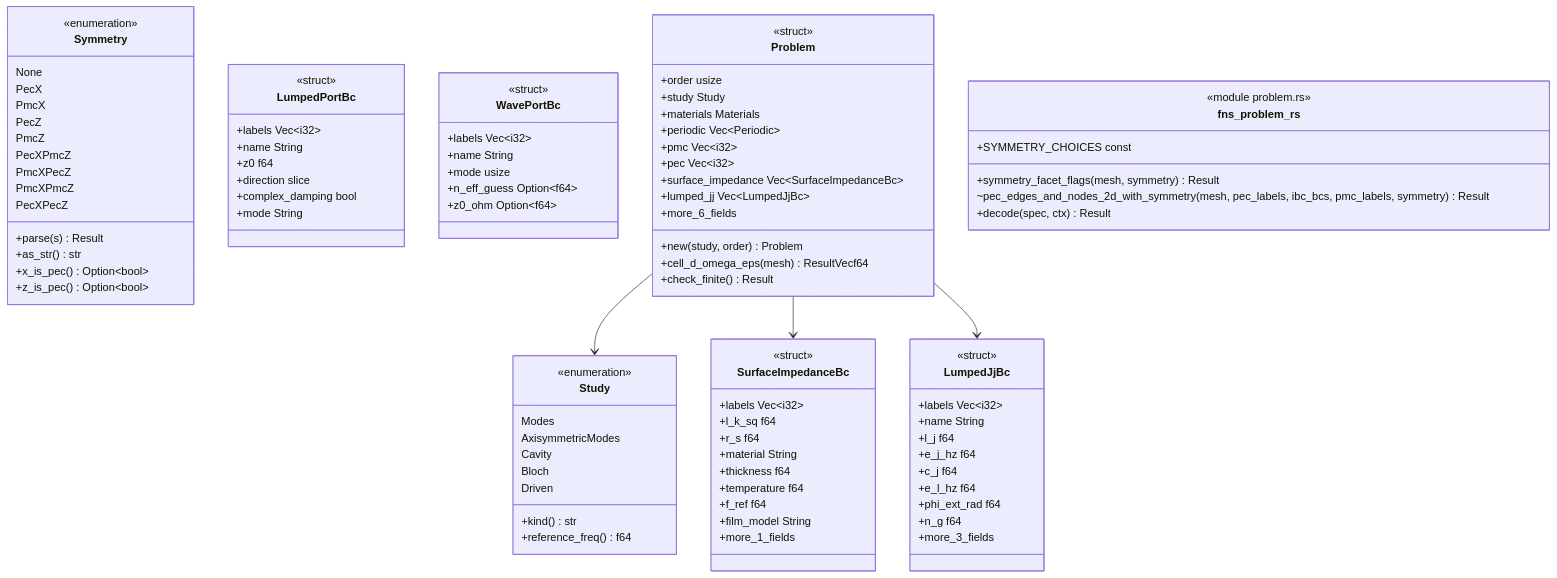
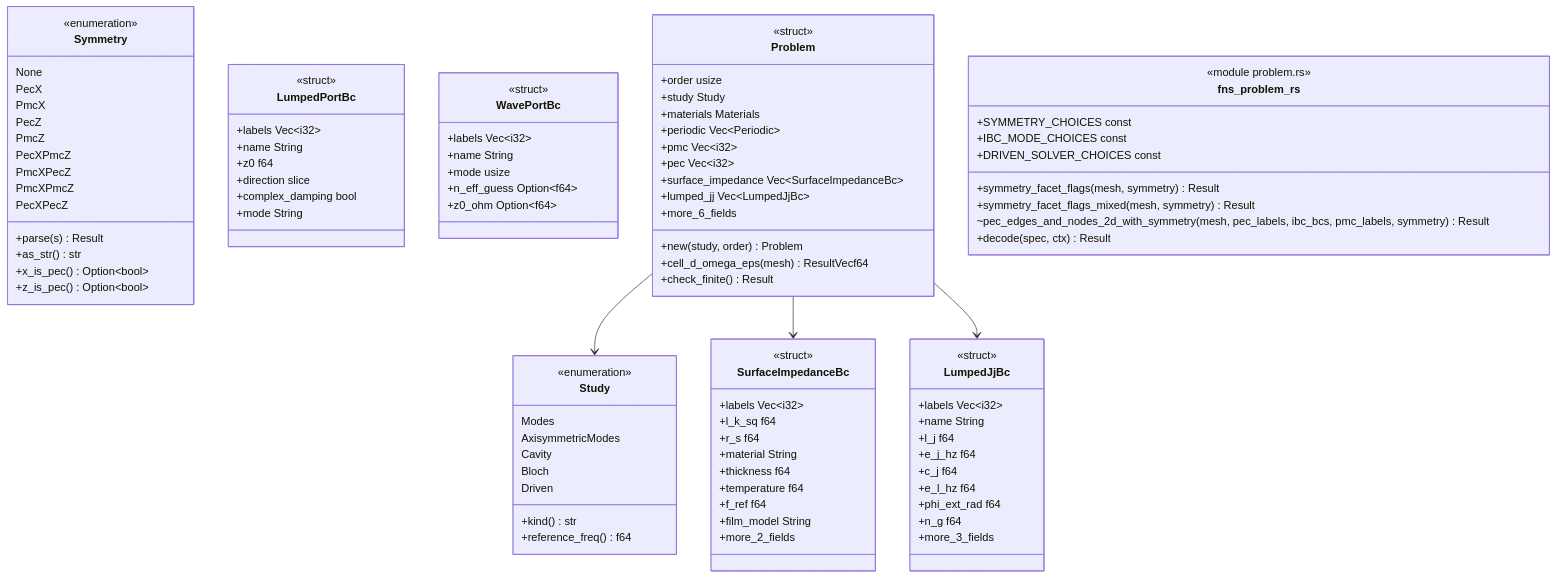
Before and after one commit to p-j-r/nyx: the diagram in docs/architecture/c4/4-code/ems/problem.md, drawn with Mermaid. The commit also changed other lines of this file and 110 other files, not shown here.

```diff
--- a/docs/architecture/c4/4-code/ems/problem.md
+++ b/docs/architecture/c4/4-code/ems/problem.md
@@ -78,7 +79,7 @@
       +temperature f64
       +f_ref f64
       +film_model String
-      +more_1_fields
+      +more_2_fields
   }
   class LumpedJjBc {
       <<struct>>
@@ -127,9 +128,12 @@
   class fns_problem_rs {
       <<module problem.rs>>
       +symmetry_facet_flags(mesh, symmetry) Result
+      +symmetry_facet_flags_mixed(mesh, symmetry) Result
       ~pec_edges_and_nodes_2d_with_symmetry(mesh, pec_labels, ibc_bcs, pmc_labels, symmetry) Result
       +decode(spec, ctx) Result
       +SYMMETRY_CHOICES const
+      +IBC_MODE_CHOICES const
+      +DRIVEN_SOLVER_CHOICES const
   }
   Problem --> Study
   Problem --> SurfaceImpedanceBc
```
